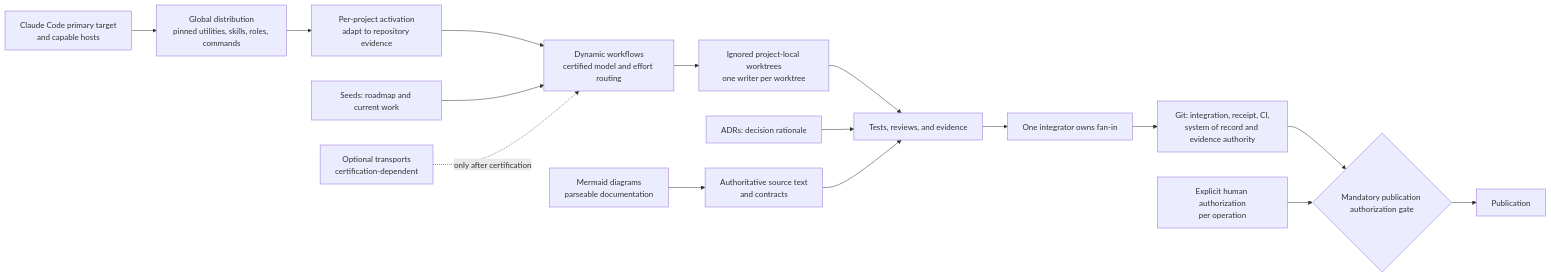
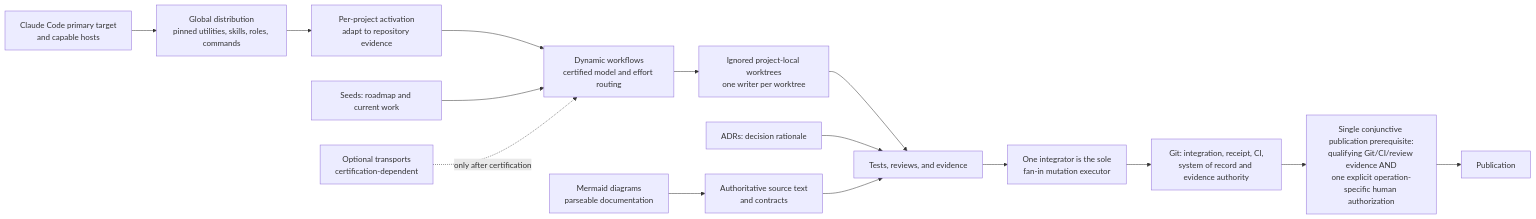
Before and after one commit to Codeseys-Labs/agentic-sdlc: the diagram in VISION.md, drawn with Mermaid. The commit also changed other lines of this file, not shown here.

Commit message:
docs: clarify vision authority boundaries
Encode publication as one conjunctive prerequisite, bind recursive delegation to one inherited envelope, and preserve the sole integrator mutation role.

````diff
--- a/VISION.md
+++ b/VISION.md
@@ -5,18 +5,17 @@
 ```mermaid
 flowchart LR
     H[Claude Code primary target\nand capable hosts] --> D[Global distribution\npinned utilities, skills, roles, commands]
     D --> A[Per-project activation\nadapt to repository evidence]
     A --> W[Dynamic workflows\ncertified model and effort routing]
     W --> T[Ignored project-local worktrees\none writer per worktree]
     T --> E[Tests, reviews, and evidence]
-    E --> I[One integrator owns fan-in]
+    E --> I[One integrator is the sole\nfan-in mutation executor]
     S[Seeds: roadmap and current work] --> W
     ADR[ADRs: decision rationale] --> E
     R[Authoritative source text\nand contracts] --> E
     M[Mermaid diagrams\nparseable documentation] --> R
     O[Optional transports\ncertification-dependent] -. only after certification .-> W
     I --> G[Git: integration, receipt, CI,\nsystem of record and evidence authority]
-    G --> PG{Mandatory publication authorization gate}
-    U[Explicit human authorization\nper operation] --> PG
+    G --> PG[Single conjunctive publication prerequisite:\nqualifying Git/CI/review evidence AND\none explicit operation-specific human authorization]
     PG --> P[Publication]
 ```
````
